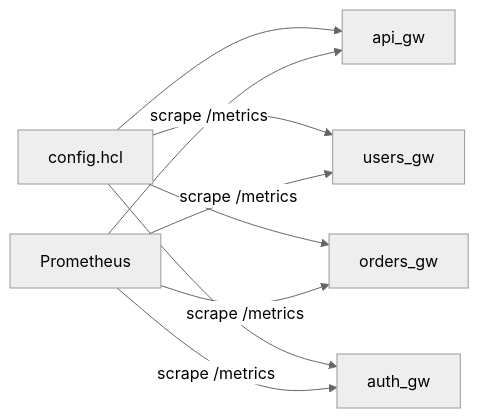
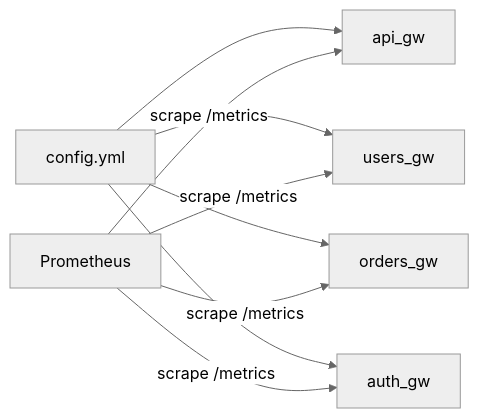
One commit to yirez/go-gw-test changed the second of 5 diagrams in designs/diagrams.md. Above: the diagram before and after it, drawn with Mermaid (neutral theme). The commit also changed 26 other files, not shown here.

````diff
--- a/designs/diagrams.md
+++ b/designs/diagrams.md
@@ -24,12 +24,12 @@
 ```mermaid
 flowchart LR
-  config[config.hcl] --> api_gw[api_gw]
+  config[config.yml] --> api_gw[api_gw]
   config --> users_gw[users_gw]
   config --> orders_gw[orders_gw]
   config --> auth_gw[auth_gw]
 
   prometheus[Prometheus] -->|scrape /metrics| api_gw
   prometheus -->|scrape /metrics| users_gw
   prometheus -->|scrape /metrics| orders_gw
   prometheus -->|scrape /metrics| auth_gw
 ```
````
